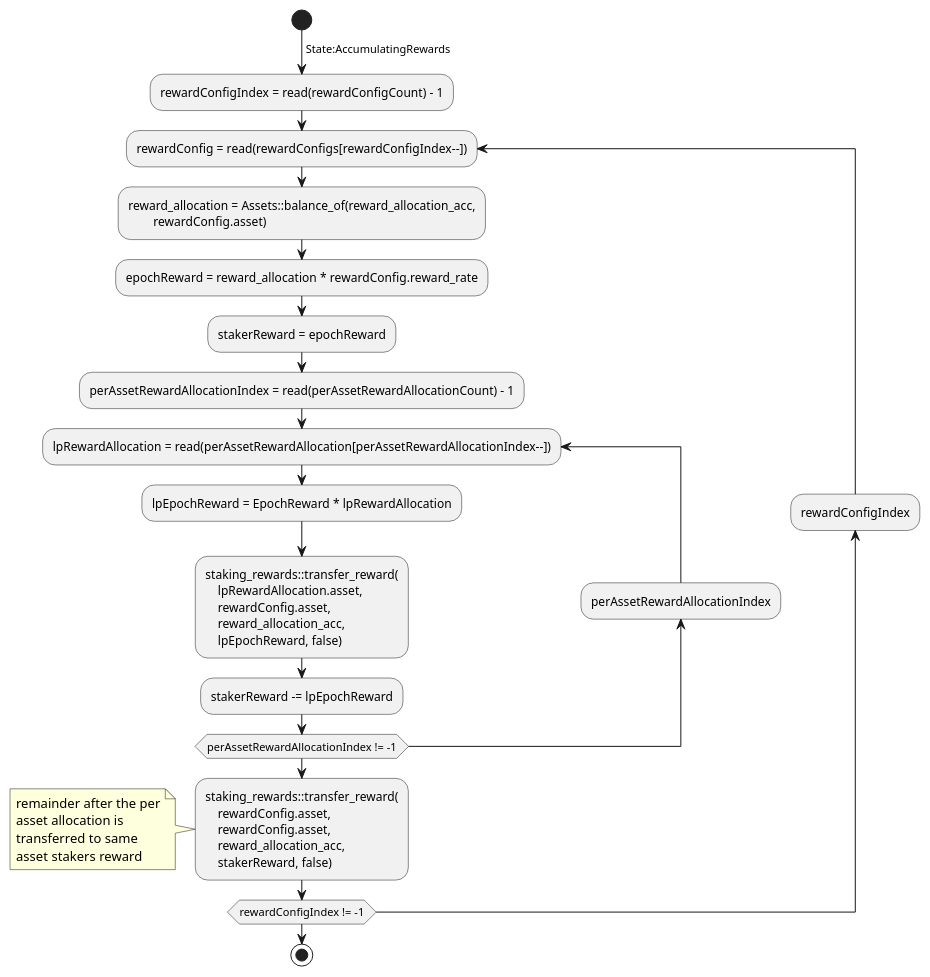
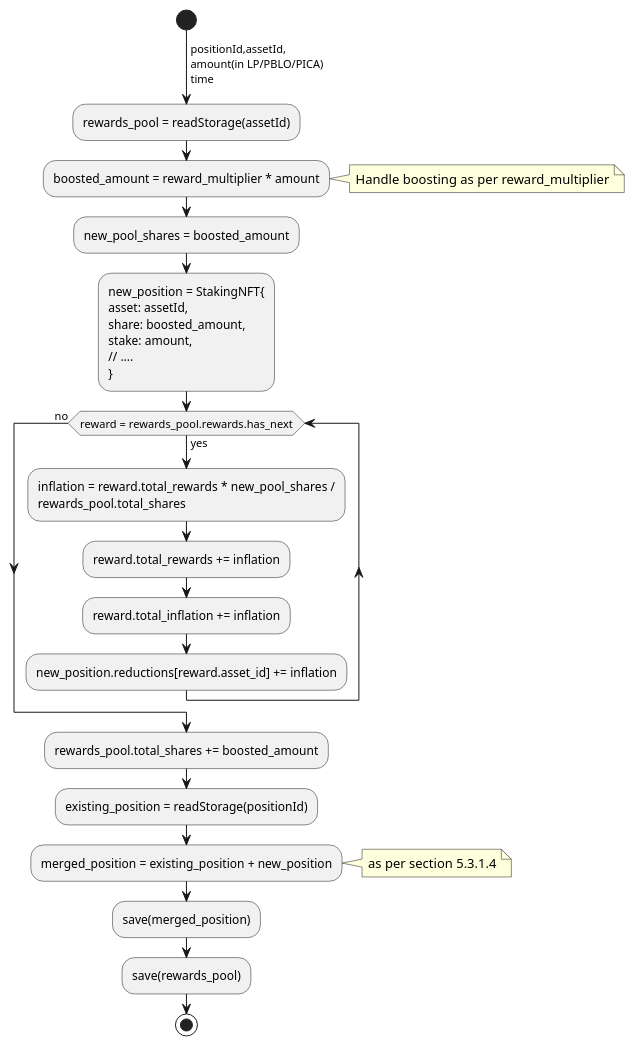
Before and after one commit to ComposableFi/composable: the sixth of 10 diagrams in rfcs/0004-pablo-distribution.adoc, drawn with PlantUML. The commit also changed other lines of this file, not shown here.

```diff
--- a/rfcs/0004-pablo-distribution.adoc
+++ b/rfcs/0004-pablo-distribution.adoc
@@ -465,31 +481,28 @@
-[plantuml,images/staking-rewards-reward-accumulation-hook,png]
+[plantuml,images/extend-position,png]
 ----
 start
-->State:AccumulatingRewards;
-:rewardConfigIndex = read(rewardConfigCount) - 1;
-repeat :rewardConfig = read(rewardConfigs[rewardConfigIndex--]);
-    :reward_allocation = Assets::balance_of(reward_allocation_acc,
-            rewardConfig.asset);
-    :epochReward = reward_allocation * rewardConfig.reward_rate;
-    :stakerReward = epochReward;
-    :perAssetRewardAllocationIndex = read(perAssetRewardAllocationCount) - 1;
-    repeat :lpRewardAllocation = read(perAssetRewardAllocation[perAssetRewardAllocationIndex--]);
-        :lpEpochReward = EpochReward * lpRewardAllocation;
-        :staking_rewards::transfer_reward(
-            lpRewardAllocation.asset,
-            rewardConfig.asset,
-            reward_allocation_acc,
-            lpEpochReward, false);
-        :stakerReward -= lpEpochReward;
-    backward:perAssetRewardAllocationIndex;
-    repeat while (perAssetRewardAllocationIndex != -1)
-    :staking_rewards::transfer_reward(
-        rewardConfig.asset,
-        rewardConfig.asset,
-        reward_allocation_acc,
-        stakerReward, false);
-    note left: remainder after the per\nasset allocation is\ntransferred to same\nasset stakers reward
-backward:rewardConfigIndex;
-repeat while (rewardConfigIndex != -1)
+->positionId,assetId,\namount(in LP/PBLO/PICA)\ntime;
+:rewards_pool = readStorage(assetId);
+:boosted_amount = reward_multiplier * amount;
+note right: Handle boosting as per reward_multiplier
+:new_pool_shares = boosted_amount;
+:new_position = StakingNFT{
+asset: assetId,
+share: boosted_amount,
+stake: amount,
+// ....
+};
+while (reward = rewards_pool.rewards.has_next) is (yes)
+    :inflation = reward.total_rewards * new_pool_shares /\nrewards_pool.total_shares;
+    :reward.total_rewards += inflation;
+    :reward.total_inflation += inflation;
+    :new_position.reductions[reward.asset_id] += inflation;
+endwhile (no)
+:rewards_pool.total_shares += boosted_amount;
+:existing_position = readStorage(positionId);
+:merged_position = existing_position + new_position;
+note right: as per section 5.3.1.4
+:save(merged_position);
+:save(rewards_pool);
 stop
 ----
```
